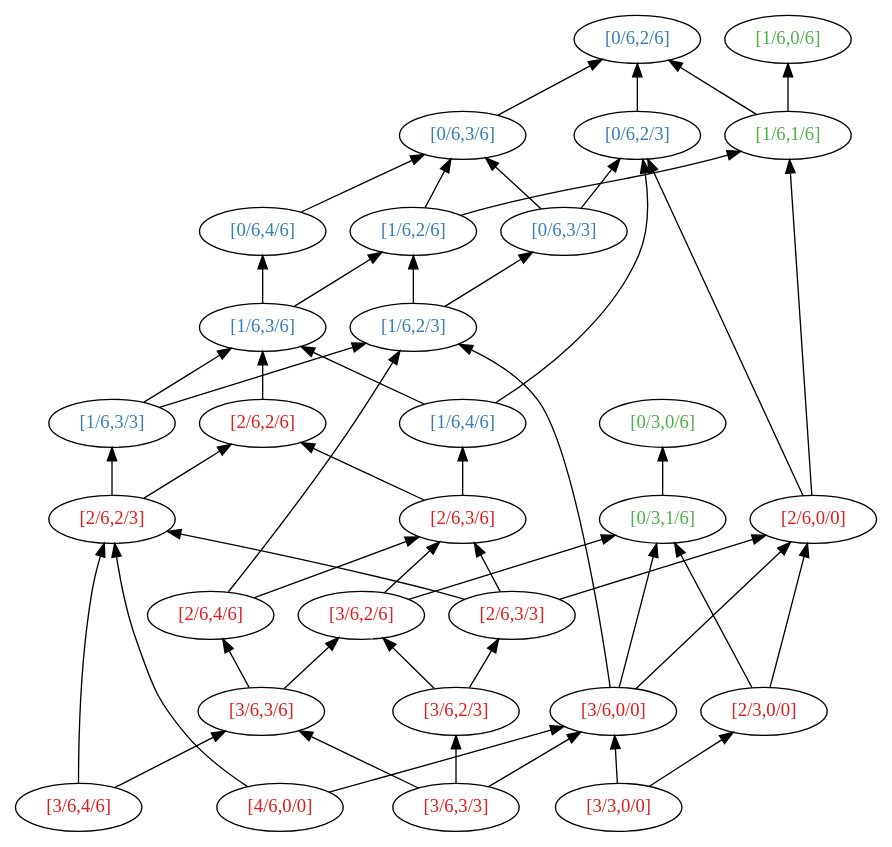
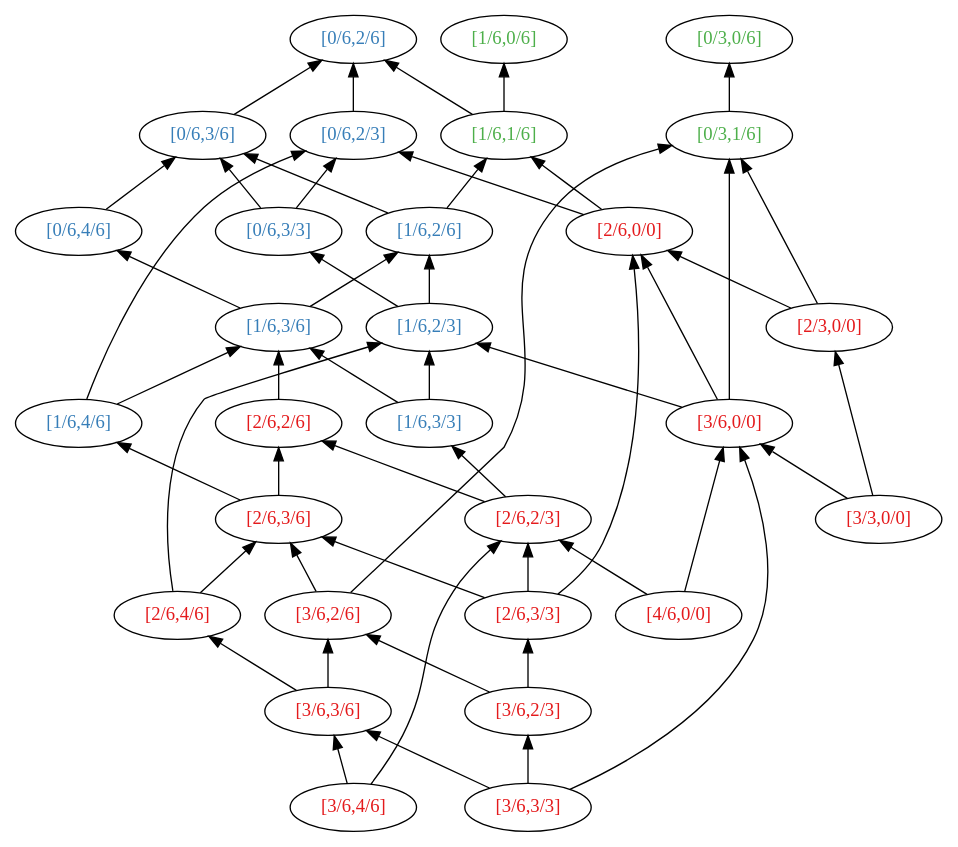
One commit to Precisfice/DEDUCTION changed the diagram in HasseD2.dot. Above: the diagram before and after it, drawn with Graphviz. The commit also changed other lines of this file and 2 other files, not shown here.

```diff
--- a/HasseD2.dot
+++ b/HasseD2.dot
@@ -1,101 +1,101 @@
 strict digraph hasseD2 {
   rankdir=BT;
   node [colorscheme=set14, fontname="Helvetica:bold"];
   { rank=same;
-    "[0/6,2/6]" [fontcolor=2];
-    "[1/6,0/6]" [fontcolor=3];
+    "[3/6,4/6]" [fontcolor=1];
+    "[3/6,3/3]" [fontcolor=1];
   }
   { rank=same;
-    "[0/6,2/3]" [fontcolor=2];
-    "[0/6,3/6]" [fontcolor=2];
-    "[1/6,1/6]" [fontcolor=3];
+    "[3/6,3/6]" [fontcolor=1];
+    "[3/6,2/3]" [fontcolor=1];
   }
   { rank=same;
-    "[0/6,3/3]" [fontcolor=2];
-    "[0/6,4/6]" [fontcolor=2];
-    "[1/6,2/6]" [fontcolor=2];
+    "[4/6,0/0]" [fontcolor=1];
+    "[3/6,2/6]" [fontcolor=1];
+    "[2/6,4/6]" [fontcolor=1];
+    "[2/6,3/3]" [fontcolor=1];
   }
   { rank=same;
-    "[1/6,2/3]" [fontcolor=2];
-    "[1/6,3/6]" [fontcolor=2];
+    "[3/3,0/0]" [fontcolor=1];
+    "[2/6,3/6]" [fontcolor=1];
+    "[2/6,2/3]" [fontcolor=1];
   }
   { rank=same;
-    "[0/3,0/6]" [fontcolor=3];
+    "[3/6,0/0]" [fontcolor=1];
+    "[2/6,2/6]" [fontcolor=1];
+    "[1/6,4/6]" [fontcolor=2];
     "[1/6,3/3]" [fontcolor=2];
-    "[1/6,4/6]" [fontcolor=2];
-    "[2/6,2/6]" [fontcolor=1];
-  }
-  { rank=same;
-    "[0/3,1/6]" [fontcolor=3];
-    "[2/6,0/0]" [fontcolor=1];
-    "[2/6,2/3]" [fontcolor=1];
-    "[2/6,3/6]" [fontcolor=1];
-  }
-  { rank=same;
-    "[2/6,3/3]" [fontcolor=1];
-    "[2/6,4/6]" [fontcolor=1];
-    "[3/6,2/6]" [fontcolor=1];
   }
   { rank=same;
     "[2/3,0/0]" [fontcolor=1];
-    "[3/6,0/0]" [fontcolor=1];
-    "[3/6,2/3]" [fontcolor=1];
-    "[3/6,3/6]" [fontcolor=1];
+    "[1/6,3/6]" [fontcolor=2];
+    "[1/6,2/3]" [fontcolor=2];
   }
   { rank=same;
-    "[3/3,0/0]" [fontcolor=1];
-    "[3/6,3/3]" [fontcolor=1];
-    "[3/6,4/6]" [fontcolor=1];
-    "[4/6,0/0]" [fontcolor=1];
+    "[2/6,0/0]" [fontcolor=1];
+    "[1/6,2/6]" [fontcolor=2];
+    "[0/6,4/6]" [fontcolor=2];
+    "[0/6,3/3]" [fontcolor=2];
+  }
+  { rank=same;
+    "[1/6,1/6]" [fontcolor=3];
+    "[0/6,3/6]" [fontcolor=2];
+    "[0/6,2/3]" [fontcolor=2];
+    "[0/3,1/6]" [fontcolor=3];
+  }
+  { rank=same;
+    "[1/6,0/6]" [fontcolor=3];
+    "[0/6,2/6]" [fontcolor=2];
+    "[0/3,0/6]" [fontcolor=3];
   }
   "[4/6,0/0]" -> "[3/6,0/0]";
   "[4/6,0/0]" -> "[2/6,2/3]";
   "[3/6,4/6]" -> "[3/6,3/6]";
   "[3/6,4/6]" -> "[2/6,2/3]";
   "[3/6,3/3]" -> "[3/6,3/6]";
   "[3/6,3/3]" -> "[3/6,2/3]";
   "[3/6,3/3]" -> "[3/6,0/0]";
   "[3/6,3/6]" -> "[3/6,2/6]";
   "[3/6,3/6]" -> "[2/6,4/6]";
   "[3/6,2/3]" -> "[3/6,2/6]";
   "[3/6,2/3]" -> "[2/6,3/3]";
   "[3/6,2/6]" -> "[2/6,3/6]";
   "[3/6,2/6]" -> "[0/3,1/6]";
   "[3/3,0/0]" -> "[3/6,0/0]";
   "[3/3,0/0]" -> "[2/3,0/0]";
   "[3/6,0/0]" -> "[2/6,0/0]";
   "[3/6,0/0]" -> "[1/6,2/3]";
   "[3/6,0/0]" -> "[0/3,1/6]";
   "[2/6,4/6]" -> "[2/6,3/6]";
   "[2/6,4/6]" -> "[1/6,2/3]";
   "[2/6,3/3]" -> "[2/6,3/6]";
   "[2/6,3/3]" -> "[2/6,2/3]";
   "[2/6,3/3]" -> "[2/6,0/0]";
   "[2/6,3/6]" -> "[2/6,2/6]";
   "[2/6,3/6]" -> "[1/6,4/6]";
   "[2/6,2/3]" -> "[2/6,2/6]";
   "[2/6,2/3]" -> "[1/6,3/3]";
   "[2/6,2/6]" -> "[1/6,3/6]";
   "[2/3,0/0]" -> "[2/6,0/0]";
   "[2/3,0/0]" -> "[0/3,1/6]";
   "[2/6,0/0]" -> "[1/6,1/6]";
   "[2/6,0/0]" -> "[0/6,2/3]";
   "[1/6,4/6]" -> "[1/6,3/6]";
   "[1/6,4/6]" -> "[0/6,2/3]";
   "[1/6,3/3]" -> "[1/6,3/6]";
   "[1/6,3/3]" -> "[1/6,2/3]";
   "[1/6,3/6]" -> "[1/6,2/6]";
   "[1/6,3/6]" -> "[0/6,4/6]";
   "[1/6,2/3]" -> "[1/6,2/6]";
   "[1/6,2/3]" -> "[0/6,3/3]";
   "[1/6,2/6]" -> "[1/6,1/6]";
   "[1/6,2/6]" -> "[0/6,3/6]";
   "[1/6,1/6]" -> "[1/6,0/6]";
   "[1/6,1/6]" -> "[0/6,2/6]";
   "[0/6,4/6]" -> "[0/6,3/6]";
   "[0/6,3/3]" -> "[0/6,3/6]";
   "[0/6,3/3]" -> "[0/6,2/3]";
   "[0/6,3/6]" -> "[0/6,2/6]";
   "[0/6,2/3]" -> "[0/6,2/6]";
   "[0/3,1/6]" -> "[0/3,0/6]";
 }
```
